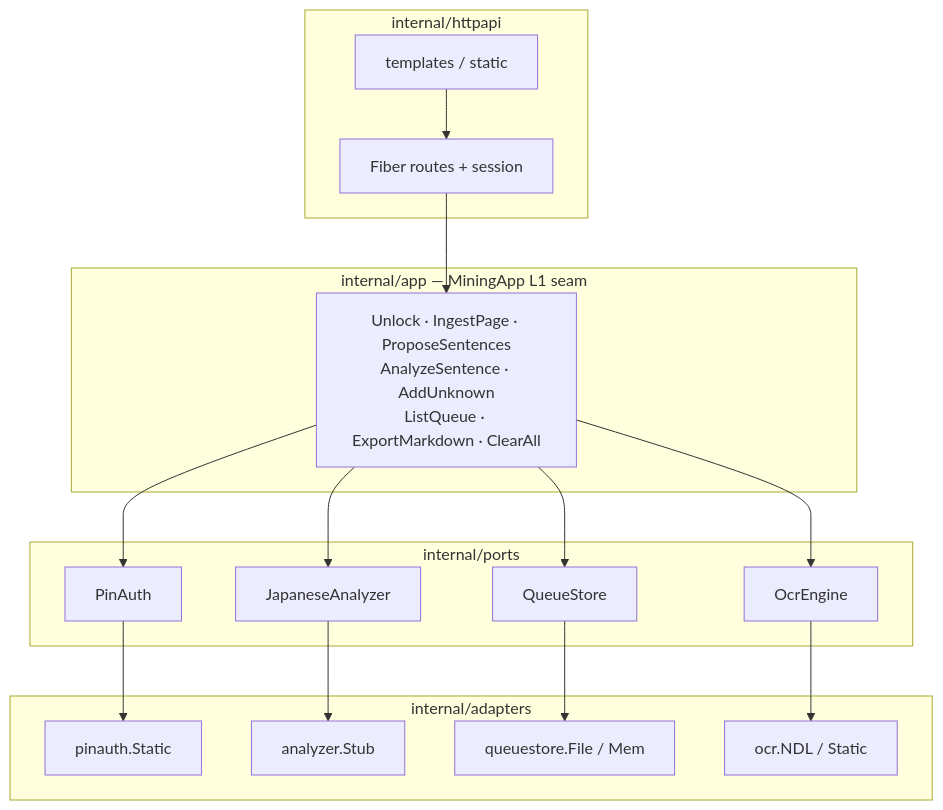
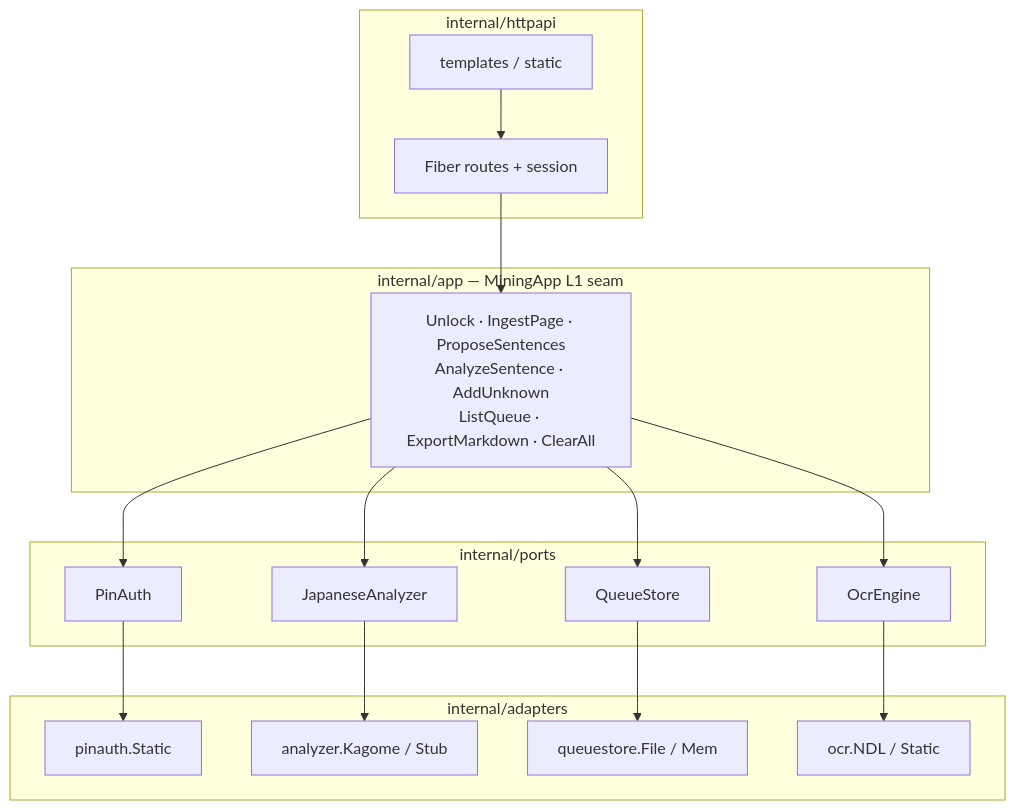
The second of 5 diagrams in README.md (rikiisworking/miner), drawn with Mermaid before and after one commit. The commit also changed other lines of this file and 7 other files, not shown here.

First line of the commit message:
feat: wire Kagome Japanese analyzer for production

````diff
--- a/README.md
+++ b/README.md
@@ -65,29 +65,29 @@
 ```mermaid
 flowchart TB
   subgraph HTTP["internal/httpapi"]
     F[Fiber routes + session]
     TPL[templates / static]
   end
   subgraph APP["internal/app — MiningApp L1 seam"]
     UC[Unlock · IngestPage · ProposeSentences<br/>AnalyzeSentence · AddUnknown<br/>ListQueue · ExportMarkdown · ClearAll]
   end
   subgraph PORTS["internal/ports"]
     P1[PinAuth]
     P2[JapaneseAnalyzer]
     P3[QueueStore]
     P4[OcrEngine]
   end
   subgraph ADP["internal/adapters"]
     A1[pinauth.Static]
-    A2[analyzer.Stub]
+    A2[analyzer.Kagome / Stub]
     A3[queuestore.File / Mem]
     A4[ocr.NDL / Static]
   end
   F --> UC
   TPL --> F
   UC --> P1 & P2 & P3 & P4
   P1 --> A1
   P2 --> A2
   P3 --> A3
   P4 --> A4
 ```
````
